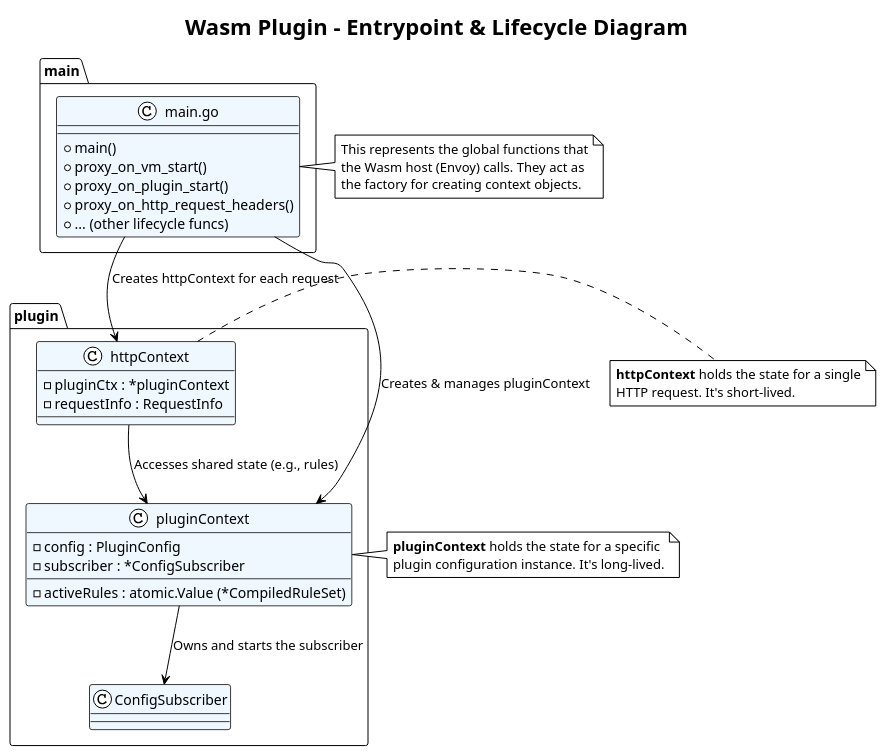
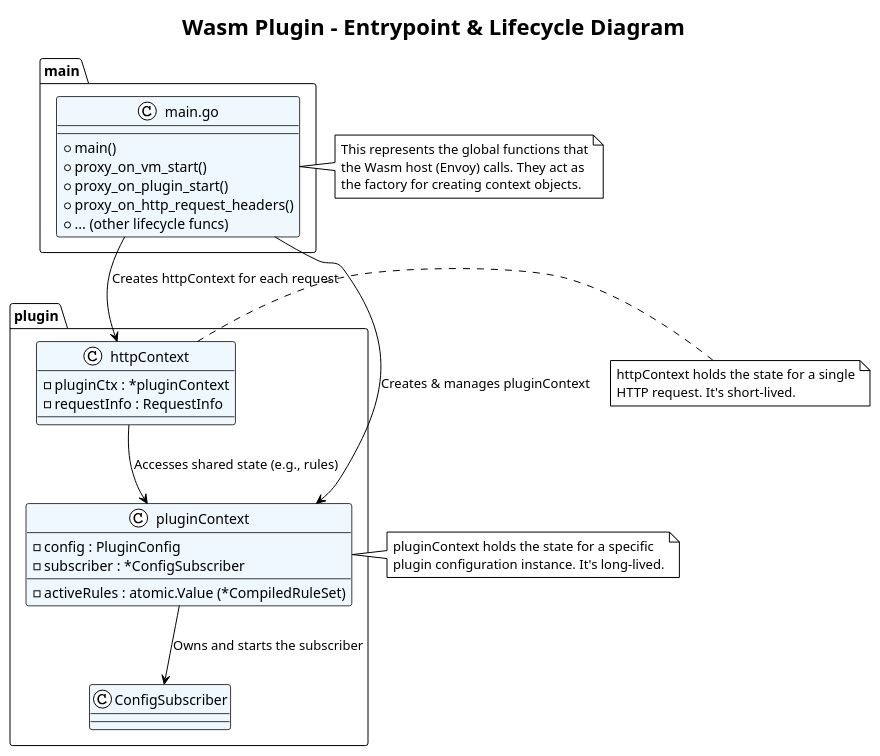
Before and after one commit to kalahetun/Minesweeper: the second of 9 diagrams in executor/docs/design_doc/Design_2_Wasm_plugin.md, drawn with PlantUML. The commit also changed other lines of this file and 27 other files, not shown here.

````diff
--- a/executor/docs/design_doc/Design_2_Wasm_plugin.md
+++ b/executor/docs/design_doc/Design_2_Wasm_plugin.md
@@ -81,63 +81,63 @@
 ```plantuml
 @startuml
 !theme plain
 skinparam class {
     BorderColor #3A3A3A
     BackgroundColor #AliceBlue
 }
 skinparam interface {
     BorderColor #3A3A3A
     BackgroundColor #LightYellow
 }
 
 title Wasm Plugin - Entrypoint & Lifecycle Diagram
 
 package "main" {
     class "main.go" as Main {
         + main()
         + proxy_on_vm_start()
         + proxy_on_plugin_start()
         + proxy_on_http_request_headers()
         + ... (other lifecycle funcs)
     }
 }
 
 package "plugin" {
     class "pluginContext" as PC {
         - config : PluginConfig
         - subscriber : *ConfigSubscriber
         - activeRules : atomic.Value (*CompiledRuleSet)
     }
 
     class "httpContext" as HC {
         - pluginCtx : *pluginContext
         - requestInfo : RequestInfo
     }
     
     class "ConfigSubscriber" as CS
 }
 
 Main --> PC : Creates & manages pluginContext
 Main --> HC : Creates httpContext for each request
 
 PC --> CS : Owns and starts the subscriber
 HC --> PC : Accesses shared state (e.g., rules)
 
 note right of Main
   This represents the global functions that
   the Wasm host (Envoy) calls. They act as
   the factory for creating context objects.
 end note
 
 note right of PC
-  **pluginContext** holds the state for a specific
+  pluginContext holds the state for a specific
   plugin configuration instance. It's long-lived.
 end note
 
 note right of HC
-  **httpContext** holds the state for a single
+  httpContext holds the state for a single
   HTTP request. It's short-lived.
 end note
 
 @enduml
 ```
````
